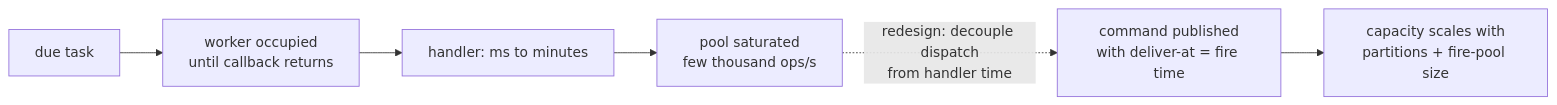
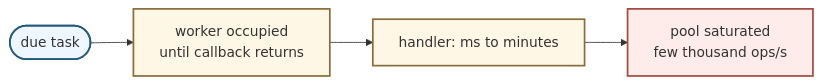
One commit to EdwardShen125/edwardshen125.github.io changed the first of 3 diagrams in source/_posts/engineering-case-study/designing-a-distributed-scheduler-handling-200k-scheduling-operations-per-second.md. Above: the diagram before and after it, drawn with Mermaid. The commit also changed other lines of this file and 37 other files, not shown here.

Commit message:
Publish four engineering case studies with architecture diagrams

```diff
--- a/source/_posts/engineering-case-study/designing-a-distributed-scheduler-handling-200k-scheduling-operations-per-second.md
+++ b/source/_posts/engineering-case-study/designing-a-distributed-scheduler-handling-200k-scheduling-operations-per-second.md
@@ -31,8 +33,15 @@
 {% mermaid %}
 flowchart LR
-    D[due task] --> W["worker occupied<br/>until callback returns"]
-    W --> H["handler: ms to minutes"]
-    H --> S["pool saturated<br/>few thousand ops/s"]
-    S -.->|"redesign: decouple dispatch<br/>from handler time"| R["command published<br/>with deliver-at = fire time"]
-    R --> X["capacity scales with<br/>partitions + fire-pool size"]
+    D([due task]):::trigger
+    W["worker occupied<br/>until callback returns"]:::pressure
+    H["handler: ms to minutes"]:::pressure
+    S["pool saturated<br/>few thousand ops/s"]:::impact
+
+    D --> W
+    W --> H
+    H --> S
+
+    classDef trigger fill:#eef7ff,stroke:#245a7d,stroke-width:2px;
+    classDef pressure fill:#fff7e6,stroke:#8a6d3b,stroke-width:2px;
+    classDef impact fill:#fdecea,stroke:#a44a3f,stroke-width:2px;
 {% endmermaid %}
```
